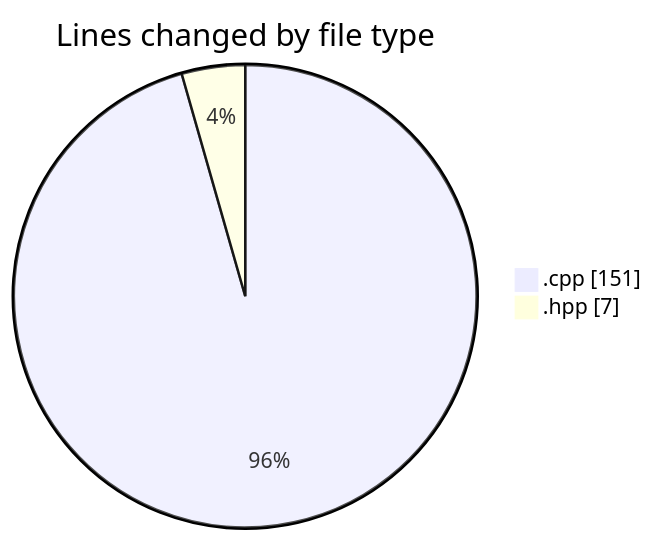
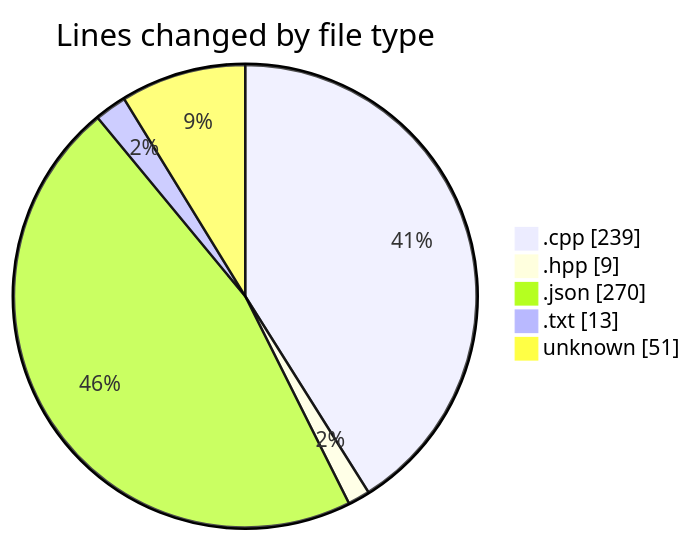
The first of 2 diagrams in 2025-04-06/echo/README.md (Netris89/code-tracking), drawn with Mermaid before and after one commit. The commit also changed other lines of this file and 1 other file, not shown here.

````diff
--- a/2025-04-06/echo/README.md
+++ b/2025-04-06/echo/README.md
@@ -22,6 +25,9 @@
 ```mermaid
 pie showData
 title Lines changed by file type
-".cpp" : 151
-".hpp" : 7
+".cpp" : 239
+".hpp" : 9
+".json" : 270
+".txt" : 13
+"unknown" : 51
 ```
````
